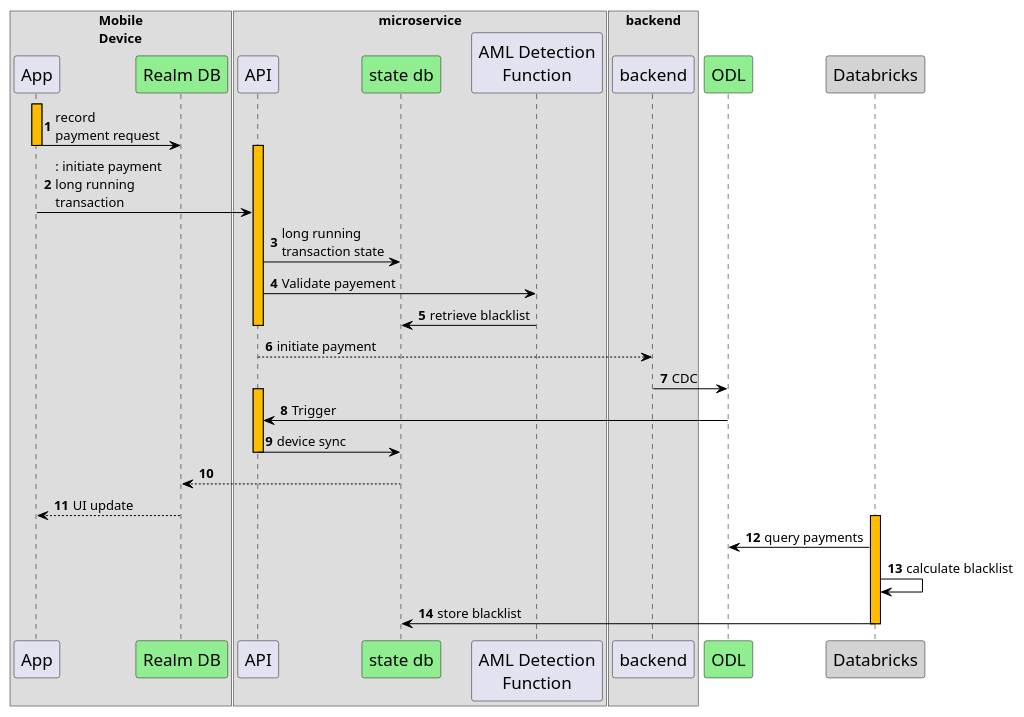
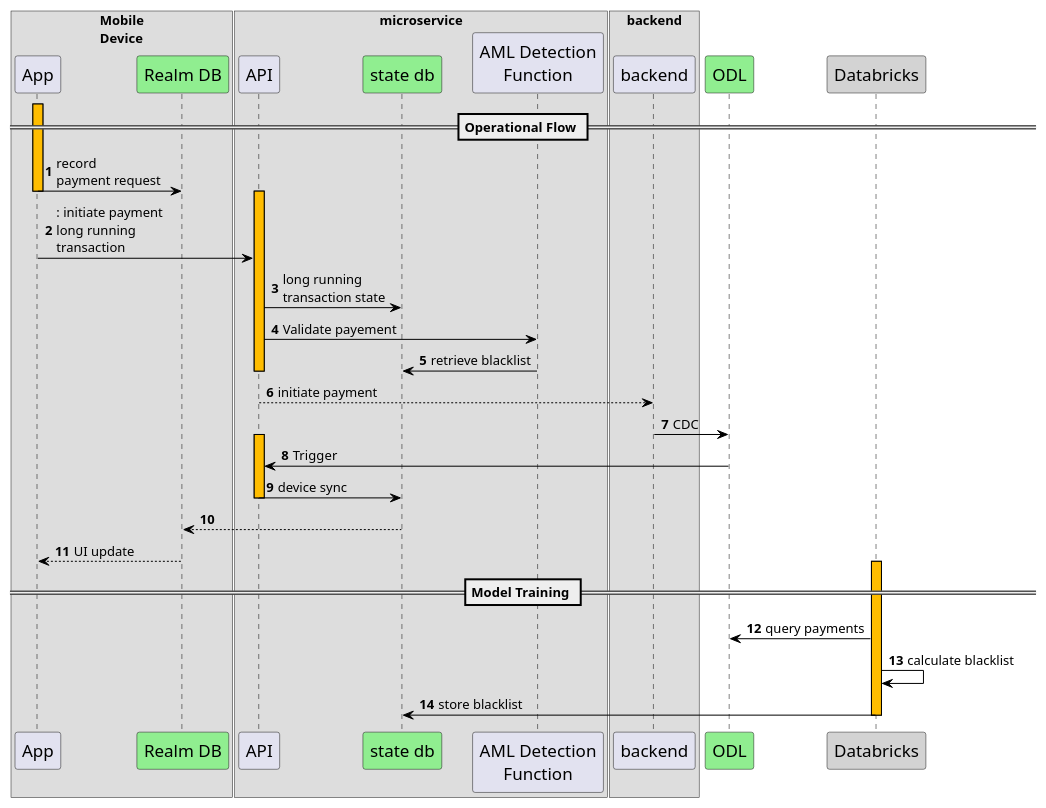
One commit to spullepu/FSI changed the diagram in mongoDBODL.puml. Above: the diagram before and after it, drawn with PlantUML.

Commit message:
adding section

```diff
--- a/mongoDBODL.puml
+++ b/mongoDBODL.puml
@@ -1,100 +1,103 @@
 skinparam headerFontSize 40
 skinparam HeaderFontColor black
 'header Mobile Payments (Happy Path)
 skinparam sequence {
     ArrowColor black
     LifeLineBorderColor black
     LifeLineBackgroundColor black
     LifeLineBorderColor black
     LifeLineBackgroundColor #ffbd00
 
     'ParticipantBorderColor #lightgreen
     'ParticipantBackgroundColor #lightgreen
     ParticipantFontName "Arial"
     ParticipantFontSize 17
     ParticipantFontColor black
     'ParticipantMargin 30 '\n Heritage service
 
     ActorBorderColor black
     ActorBackgroundColor #black
 }
 
 autonumber 1
 box "Mobile\nDevice"
 participant "App" as a
 participant "Realm DB" as realm #lightgreen
 end box
 box "microservice"
 participant "API" as b 
 participant "state db" as microdb #lightgreen
 participant "AML Detection\nFunction" as model
 end box
 'participant "Kafka/Azure Event Hub/AWS Kiensis " as c
 'box "Databricks" '#LightSlateGray
 'box "Databricks" 
 'participant "mlFlow" as f
 'participant "Delta Lake" as g
 'end box
 'participant "Fraud Monitoring" as h
 
 'participant "Atlas:ODS" as d #lightgreen 
 
 'participant "Realm Sync App" as e #lightgreen 
 
+== Operational Flow ==
 activate a
 a->realm: record\npayment request
 deactivate a
 activate b
 a->b: : initiate payment\nlong running\ntransaction
 b->microdb: long running\ntransaction state
 b->model: Validate payement
 model->microdb: retrieve blacklist
 deactivate b
 box "backend"
 participant backend 
 end box
 
 b-->backend: initiate payment
 participant "ODL" as ODL #lightgreen
 backend->ODL: CDC
 activate b
 ODL->b: Trigger
 b->microdb: device sync
 deactivate b
 
 microdb-->realm
 realm-->a: UI update
 
+== Model Training ==
 participant "Databricks" as dbr #lightgrey
+
 activate dbr
 dbr->ODL: query payments
 ' should model params be stored in MongoDB
 dbr->dbr: calculate blacklist
-dbr->microdb: store blacklist
+dbr->microdb --: store blacklist
 deactivate dbr
 
 'b->c: new trasnsaction event
 'c-[#blue]>g: insert raw transactions
 'activate g
 
 'g->g: Geospatial clustering 
 'g->g: determine user behaviour
 'g-[#green]>d: insert user behavior data
 'c-[#blue]>f: insert raw transactions
 
 'deactivate g
 'note left: 3 & 7 are parallel activities
 
 'activate f
 
 'f->f: update model, generate new reference data points
 'f-[#green]>d: periodically push new reference data \n import com.mongodb.spark._
 'f->d: find if there is a match \n db.tiles.find({"user": "Antoine", "tile": "8A2A1008916FFFF"})
 'deactivate f
 'alt  if there is a match (transaction is fraudulent)
 'd->h: trigger change stream 
 'h->h: create a case
 
 'd->e:  trigger change stream
 'e->a: transaction failed message
 'end
```
